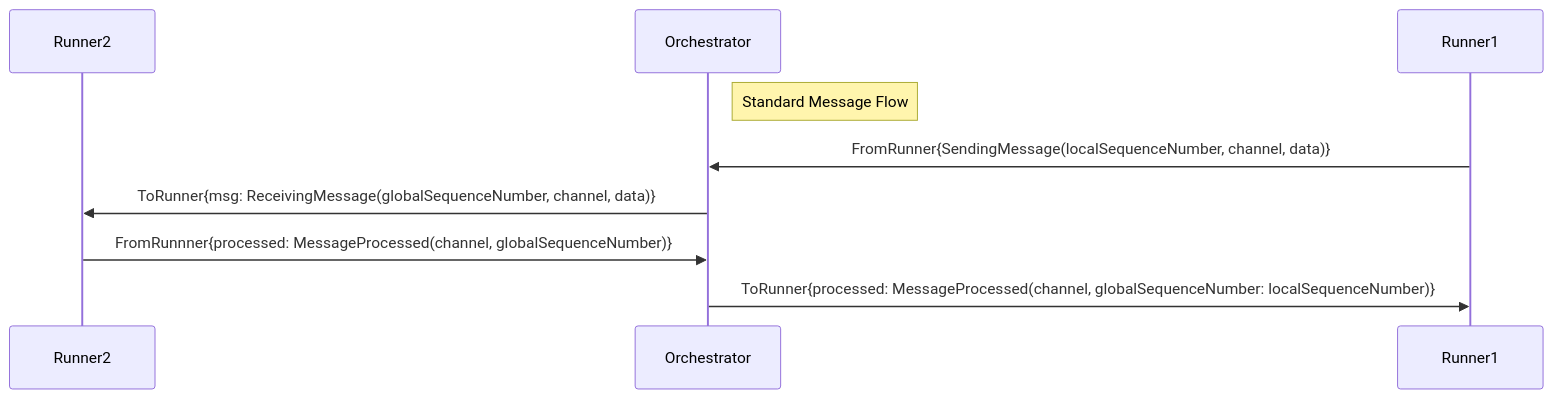
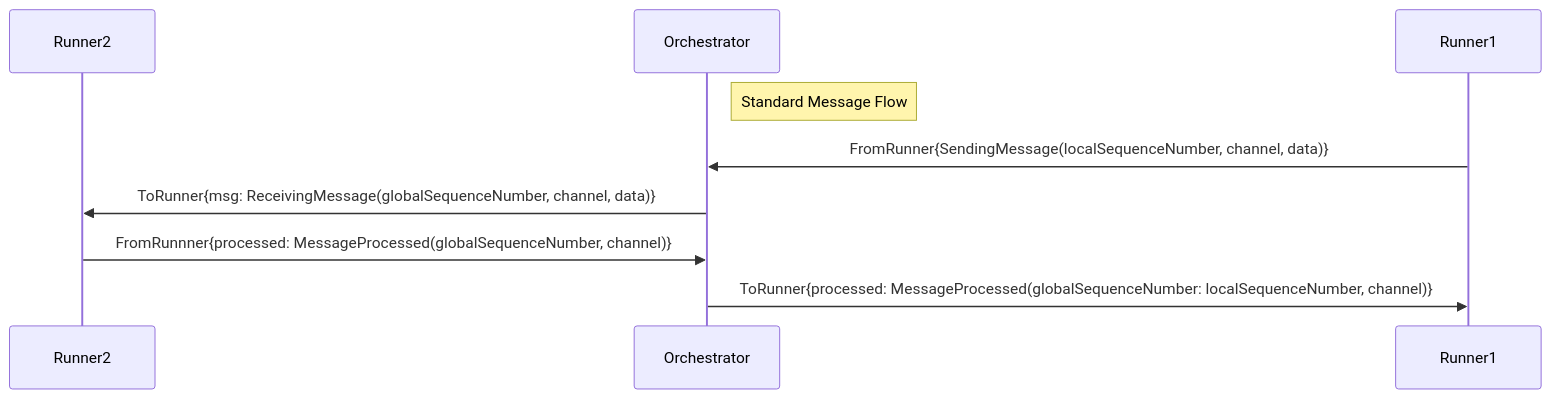
One commit to rdf-connect/proto changed the second of 4 diagrams in README.md. Above: the diagram before and after it, drawn with Mermaid. The commit also changed other lines of this file and 1 other file, not shown here.

Commit message:
feat: always put sequence number first then channel + update README

````diff
--- a/README.md
+++ b/README.md
@@ -97,12 +97,12 @@
 ```mermaid
 sequenceDiagram
     participant R2 as Runner2
     participant O as Orchestrator
     participant R1 as Runner1
 
     Note right of O: Standard Message Flow
     R1->>O: FromRunner{SendingMessage(localSequenceNumber, channel, data)}
     O->>R2: ToRunner{msg: ReceivingMessage(globalSequenceNumber, channel, data)}
-    R2->>O: FromRunnner{processed: MessageProcessed(channel, globalSequenceNumber)}
-    O->>R1: ToRunner{processed: MessageProcessed(channel, globalSequenceNumber: localSequenceNumber)}
+    R2->>O: FromRunnner{processed: MessageProcessed(globalSequenceNumber, channel)}
+    O->>R1: ToRunner{processed: MessageProcessed(globalSequenceNumber: localSequenceNumber, channel)}
 ```
````
